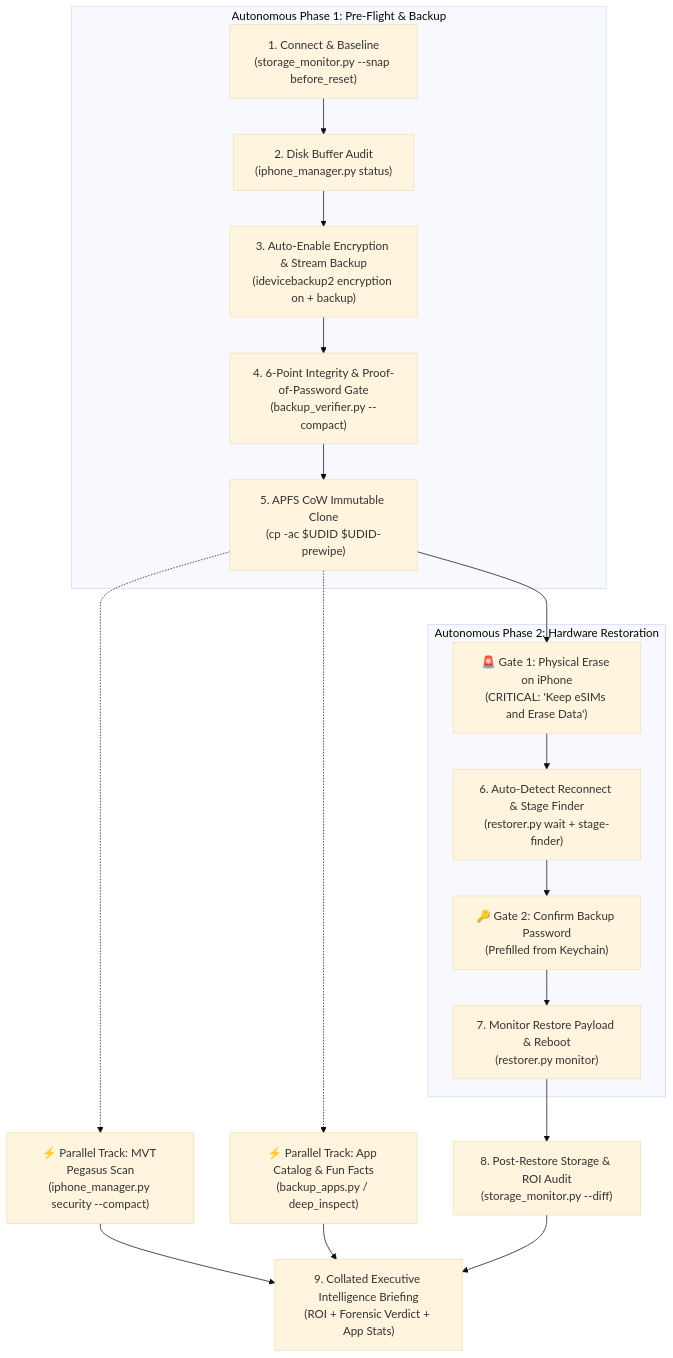
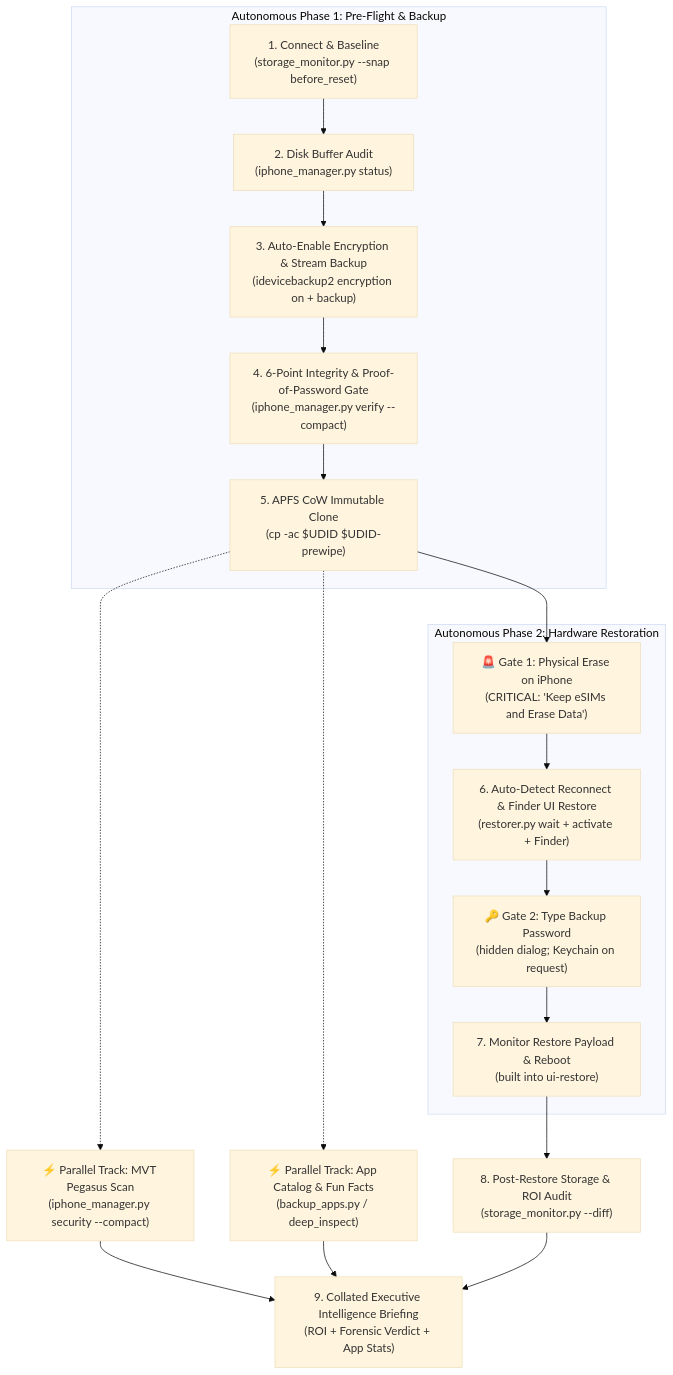
Before and after one commit to VladislavEkimtcov/ios-system-data-cleaner: the diagram in AGENTS.md, drawn with Mermaid (base theme). The commit also changed other lines of this file and 21 other files, not shown here.

````diff
--- a/AGENTS.md
+++ b/AGENTS.md
@@ -82,24 +84,24 @@
 ```mermaid
 flowchart TD
     subgraph PreFlight [Autonomous Phase 1: Pre-Flight & Backup]
         A1["1. Connect & Baseline\n(storage_monitor.py --snap before_reset)"] --> A2["2. Disk Buffer Audit\n(iphone_manager.py status)"]
         A2 --> A3["3. Auto-Enable Encryption & Stream Backup\n(idevicebackup2 encryption on + backup)"]
-        A3 --> A4["4. 6-Point Integrity & Proof-of-Password Gate\n(backup_verifier.py --compact)"]
+        A3 --> A4["4. 6-Point Integrity & Proof-of-Password Gate\n(iphone_manager.py verify --compact)"]
         A4 --> A5["5. APFS CoW Immutable Clone\n(cp -ac $UDID $UDID-prewipe)"]
     end
 
     A5 --> H1["🚨 Gate 1: Physical Erase on iPhone\n(CRITICAL: 'Keep eSIMs and Erase Data')"]
     A5 -.-> P1["⚡ Parallel Track: MVT Pegasus Scan\n(iphone_manager.py security --compact)"]
     A5 -.-> P2["⚡ Parallel Track: App Catalog & Fun Facts\n(backup_apps.py / deep_inspect)"]
 
     subgraph RestoreTrack [Autonomous Phase 2: Hardware Restoration]
-        H1 --> A6["6. Auto-Detect Reconnect & Stage Finder\n(restorer.py wait + stage-finder)"]
-        A6 --> H2["🔑 Gate 2: Confirm Backup Password\n(Prefilled from Keychain)"]
-        H2 --> A7["7. Monitor Restore Payload & Reboot\n(restorer.py monitor)"]
+        H1 --> A6["6. Auto-Detect Reconnect & Finder UI Restore\n(restorer.py wait + activate + Finder)"]
+        A6 --> H2["🔑 Gate 2: Type Backup Password\n(hidden dialog; Keychain on request)"]
+        H2 --> A7["7. Monitor Restore Payload & Reboot\n(built into ui-restore)"]
     end
 
     A7 --> A8["8. Post-Restore Storage & ROI Audit\n(storage_monitor.py --diff)"]
     P1 --> A9["9. Collated Executive Intelligence Briefing\n(ROI + Forensic Verdict + App Stats)"]
     P2 --> A9
     A8 --> A9
 ```
````
